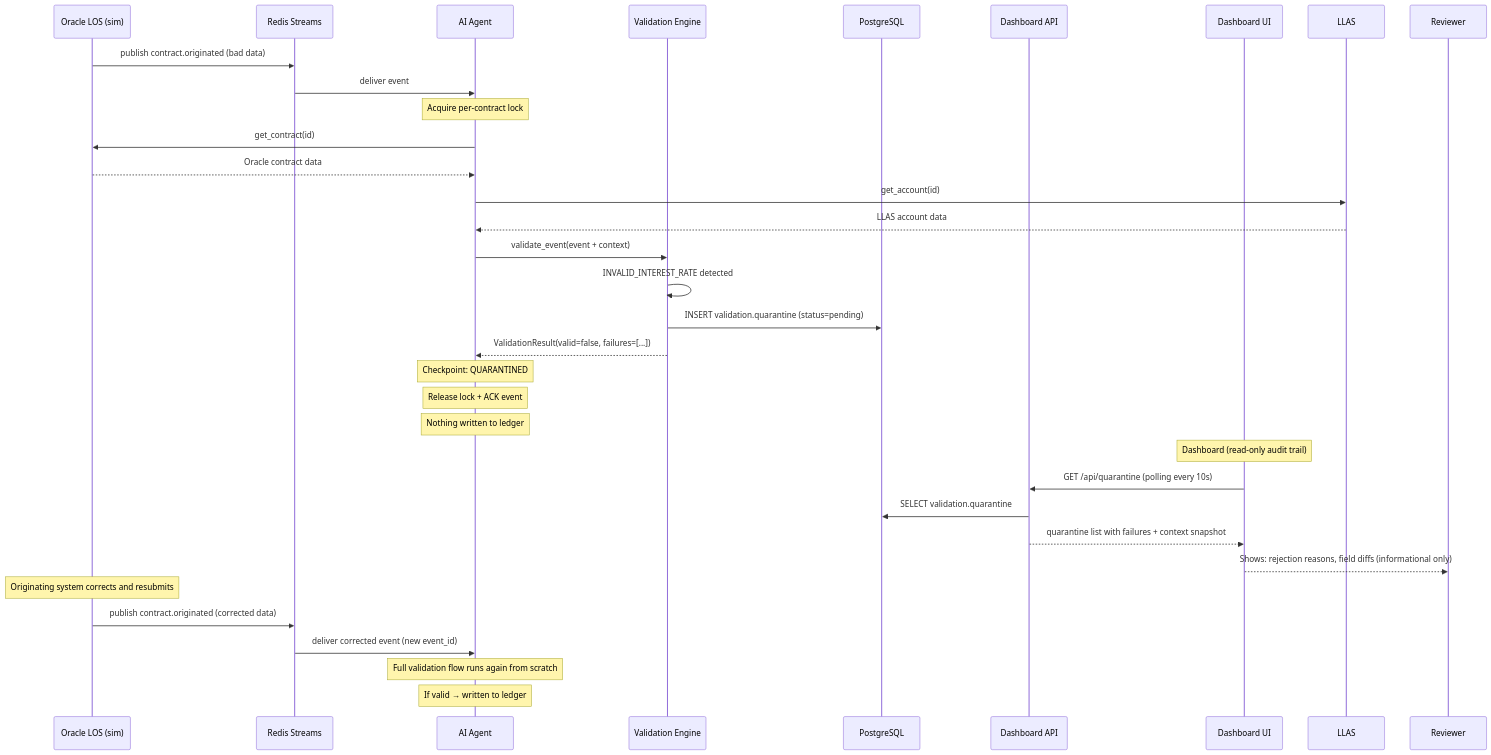
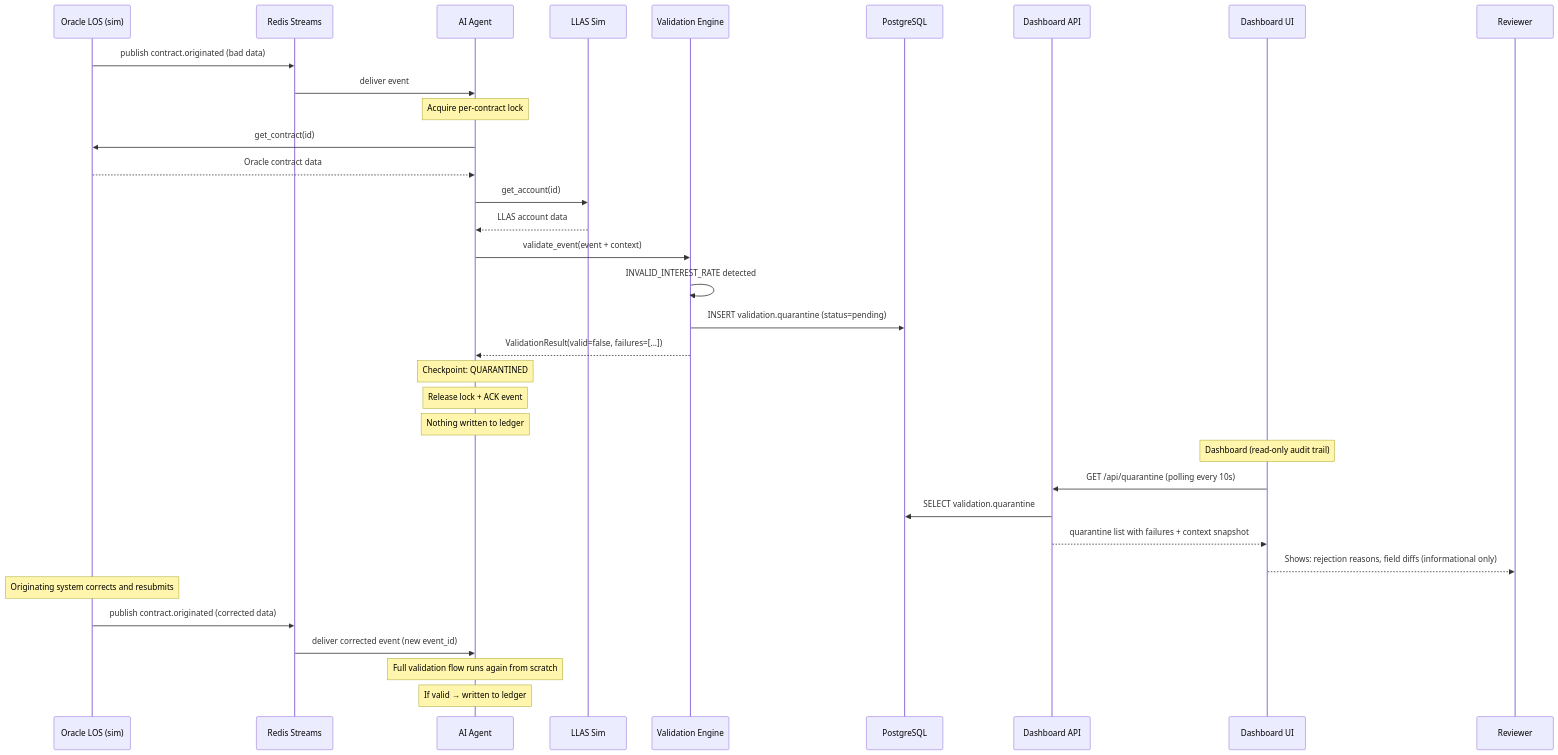
Before and after one commit to rame10566/smartledger: the fourth of 10 diagrams in docs/ARCHITECTURE.md, drawn with Mermaid.

Commit message:
fix: add missing LLAS participant in unhappy path sequence diagram

````diff
--- a/docs/ARCHITECTURE.md
+++ b/docs/ARCHITECTURE.md
@@ -164,40 +164,41 @@
 ```mermaid
 sequenceDiagram
     participant OL as Oracle LOS (sim)
     participant Bus as Redis Streams
     participant Agent as AI Agent
+    participant LLAS as LLAS Sim
     participant VAL as Validation Engine
     participant PG as PostgreSQL
     participant DA as Dashboard API
     participant UI as Dashboard UI
 
     OL->>Bus: publish contract.originated (bad data)
     Bus->>Agent: deliver event
 
     Note over Agent: Acquire per-contract lock
     Agent->>OL: get_contract(id)
     OL-->>Agent: Oracle contract data
     Agent->>LLAS: get_account(id)
     LLAS-->>Agent: LLAS account data
 
     Agent->>VAL: validate_event(event + context)
     VAL->>VAL: INVALID_INTEREST_RATE detected
     VAL->>PG: INSERT validation.quarantine (status=pending)
     VAL-->>Agent: ValidationResult(valid=false, failures=[...])
 
     Note over Agent: Checkpoint: QUARANTINED
     Note over Agent: Release lock + ACK event
     Note over Agent: Nothing written to ledger
 
     Note over UI: Dashboard (read-only audit trail)
     UI->>DA: GET /api/quarantine (polling every 10s)
     DA->>PG: SELECT validation.quarantine
     DA-->>UI: quarantine list with failures + context snapshot
     UI-->>Reviewer: Shows: rejection reasons, field diffs (informational only)
 
     Note over OL: Originating system corrects and resubmits
     OL->>Bus: publish contract.originated (corrected data)
     Bus->>Agent: deliver corrected event (new event_id)
     Note over Agent: Full validation flow runs again from scratch
     Note over Agent: If valid → written to ledger
 ```
````
